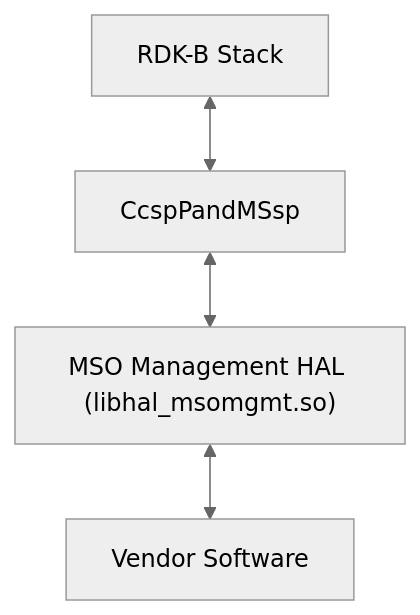
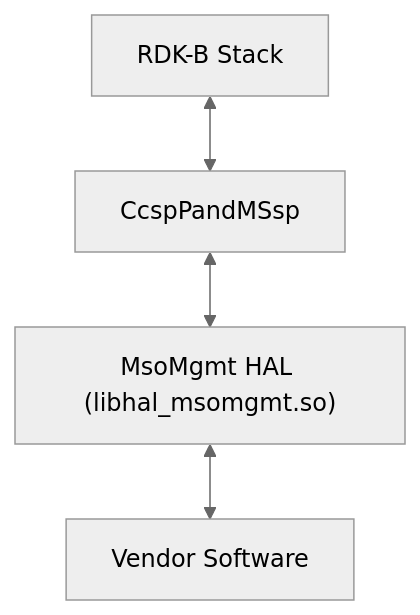
One commit to Blitzy-Sky/rdkb-halif-mso changed the first of 2 diagrams in docs/pages/halSpec.md. Above: the diagram before and after it, drawn with Mermaid (neutral theme). The commit also changed other lines of this file, not shown here.

First line of the commit message:
docs: simplify the MSO_Management_HAL specification

````diff
--- a/docs/pages/halSpec.md
+++ b/docs/pages/halSpec.md
@@ -49,6 +28,6 @@
 ```mermaid
 flowchart TD;
     RDKBStack[RDK-B Stack] <--> CcspPandMSsp[CcspPandMSsp];
-    CcspPandMSsp <--> MsoHal["MSO Management HAL (libhal_msomgmt.so)"];
+    CcspPandMSsp <--> MsoHal["MsoMgmt HAL (libhal_msomgmt.so)"];
     MsoHal <--> VendorSoftware[Vendor Software];
 ```
````
